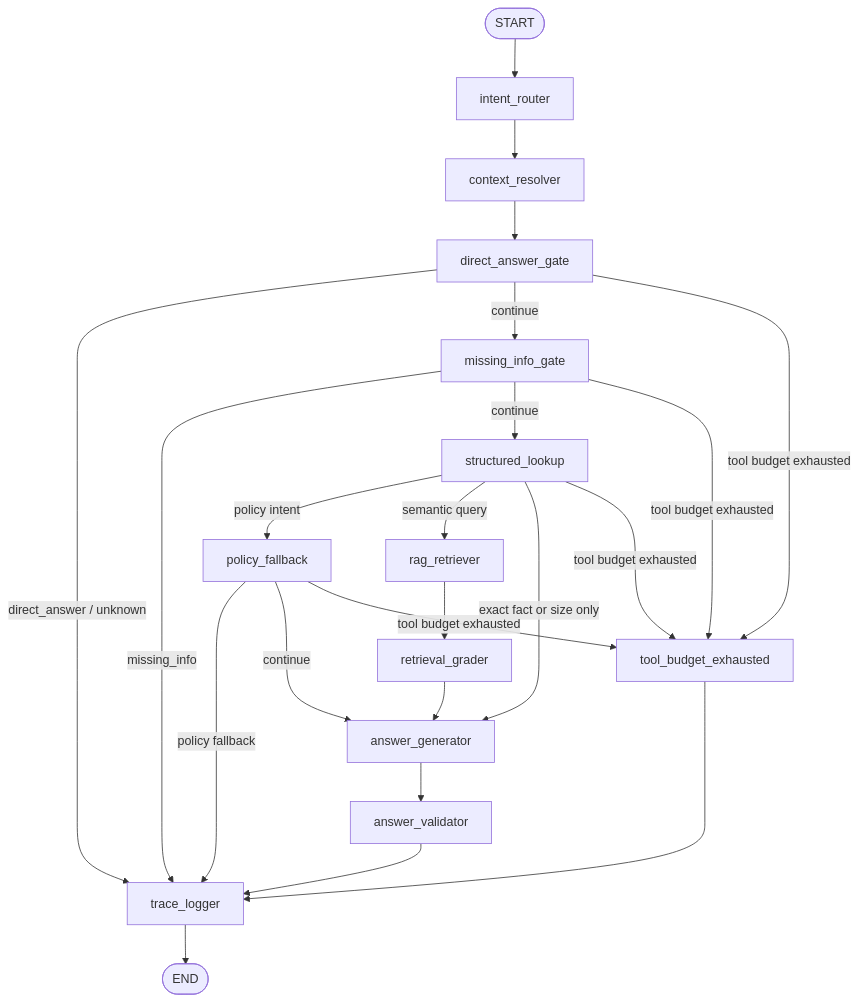
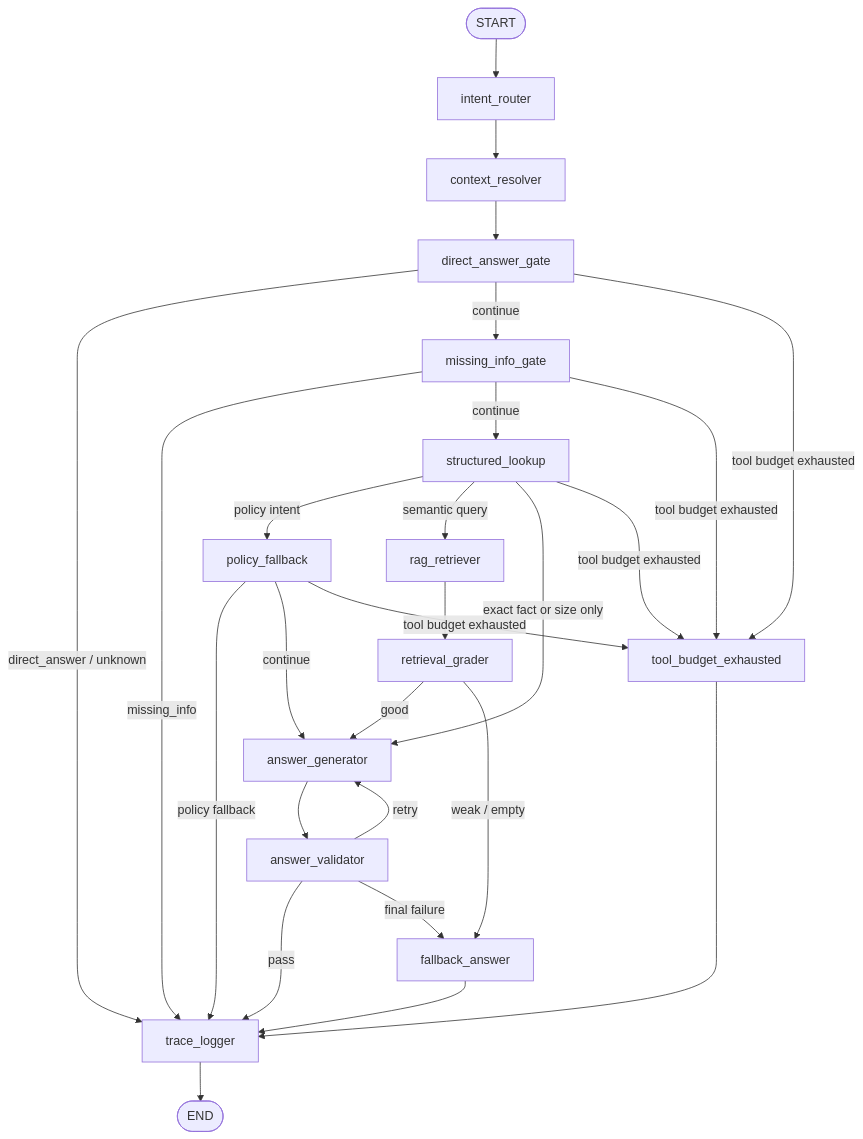
One commit to Gooddaybro/python-LangChainRAG changed the diagram in docs/langgraph-flow.md. Above: the diagram before and after it, drawn with Mermaid. The commit also changed other lines of this file and 10 other files, not shown here.

````diff
--- a/docs/langgraph-flow.md
+++ b/docs/langgraph-flow.md
@@ -69,30 +69,34 @@
 ```mermaid
 flowchart TD
     Start([START]) --> Intent["intent_router"]
     Intent --> Context["context_resolver"]
     Context --> Direct["direct_answer_gate"]
 
     Direct -->|direct_answer / unknown| Trace["trace_logger"]
     Direct -->|continue| Missing["missing_info_gate"]
     Direct -->|tool budget exhausted| Budget["tool_budget_exhausted"]
 
     Missing -->|missing_info| Trace
     Missing -->|continue| Structured["structured_lookup"]
     Missing -->|tool budget exhausted| Budget
 
     Structured -->|policy intent| Policy["policy_fallback"]
     Structured -->|semantic query| Rag["rag_retriever"]
     Structured -->|exact fact or size only| Generator["answer_generator"]
     Structured -->|tool budget exhausted| Budget
 
     Policy -->|policy fallback| Trace
     Policy -->|continue| Generator
     Policy -->|tool budget exhausted| Budget
 
     Rag --> Grader["retrieval_grader"]
-    Grader --> Generator
+    Grader -->|good| Generator
+    Grader -->|weak / empty| Fallback["fallback_answer"]
     Generator --> Validator["answer_validator"]
-    Validator --> Trace
+    Validator -->|pass| Trace
+    Validator -->|retry| Generator
+    Validator -->|final failure| Fallback
+    Fallback --> Trace
     Budget --> Trace
     Trace --> End([END])
 ```
````
